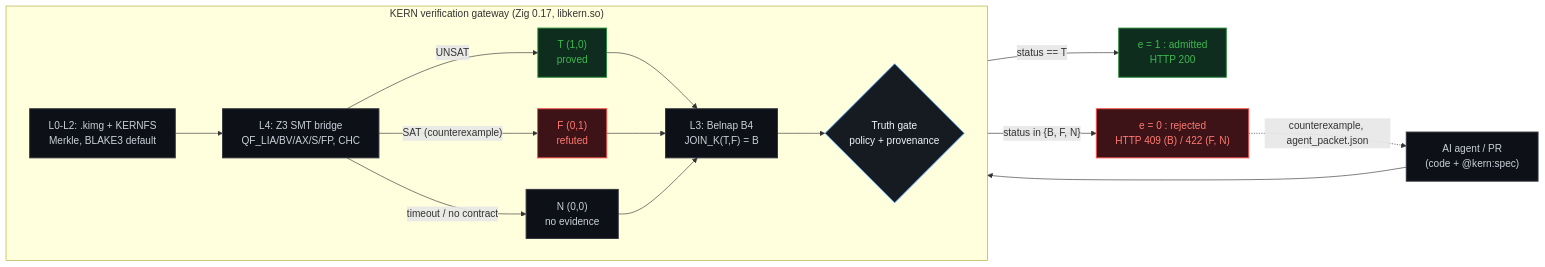
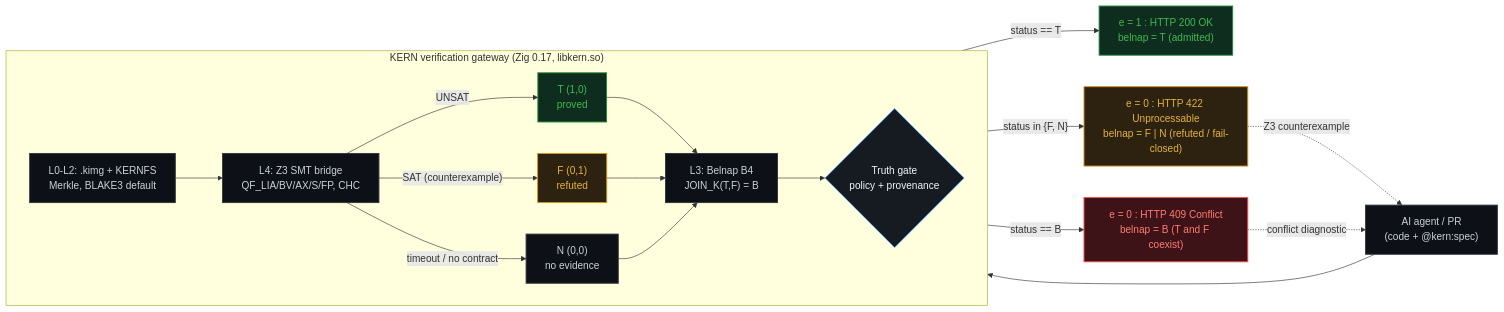
The diagram in README.md (newmathphys/kern), drawn with Mermaid before and after one commit. The commit also changed other lines of this file and 13 other files, not shown here.

````diff
--- a/README.md
+++ b/README.md
@@ -116,45 +137,51 @@
 ```mermaid
 flowchart LR
     Agent["AI agent / PR<br/>(code + @kern:spec)"]
 
     subgraph KERN ["KERN verification gateway (Zig 0.17, libkern.so)"]
         direction LR
         L0["L0-L2: .kimg + KERNFS<br/>Merkle, BLAKE3 default"]
         L4["L4: Z3 SMT bridge<br/>QF_LIA/BV/AX/S/FP, CHC"]
 
         T["T (1,0)<br/>proved"]
         F["F (0,1)<br/>refuted"]
         N["N (0,0)<br/>no evidence"]
 
         B4["L3: Belnap B4<br/>JOIN_K(T,F) = B"]
         Gate{"Truth gate<br/>policy + provenance"}
 
         L0 --> L4
         L4 -->|"UNSAT"| T
         L4 -->|"SAT (counterexample)"| F
         L4 -->|"timeout / no contract"| N
 
         T --> B4
         F --> B4
         N --> B4
         B4 --> Gate
     end
 
-    Admit["e = 1 : admitted<br/>HTTP 200"]
-    Reject["e = 0 : rejected<br/>HTTP 409 (B) / 422 (F, N)"]
+    HTTP200["e = 1 : HTTP 200 OK<br/>belnap = T (admitted)"]
+    HTTP422["e = 0 : HTTP 422 Unprocessable<br/>belnap = F | N (refuted / fail-closed)"]
+    HTTP409["e = 0 : HTTP 409 Conflict<br/>belnap = B (T and F coexist)"]
 
     Agent --> L0
-    Gate -->|"status == T"| Admit
-    Gate -->|"status in {B, F, N}"| Reject
-    Reject -.->|"counterexample, agent_packet.json"| Agent
+    Gate -->|"status == T"| HTTP200
+    Gate -->|"status in {F, N}"| HTTP422
+    Gate -->|"status == B"| HTTP409
+
+    HTTP422 -.->|"Z3 counterexample"| Agent
+    HTTP409 -.->|"conflict diagnostic"| Agent
 
     classDef darkBox fill:#0d1117,stroke:#30363d,stroke-width:1.5px,color:#c9d1d9
     classDef gateBox fill:#161b22,stroke:#58a6ff,stroke-width:1.5px,color:#f0f6fc
     classDef passBox fill:#0f2d1e,stroke:#238636,stroke-width:1.5px,color:#3fb950
+    classDef warnBox fill:#2d210f,stroke:#d29922,stroke-width:1.5px,color:#e3b341
     classDef failBox fill:#3d1318,stroke:#f85149,stroke-width:1.5px,color:#ff7b72
 
     class Agent,L0,L4,N,B4 darkBox
     class Gate gateBox
-    class T,Admit passBox
-    class F,Reject failBox
+    class T,HTTP200 passBox
+    class F,HTTP422 warnBox
+    class HTTP409 failBox
 ```
````
